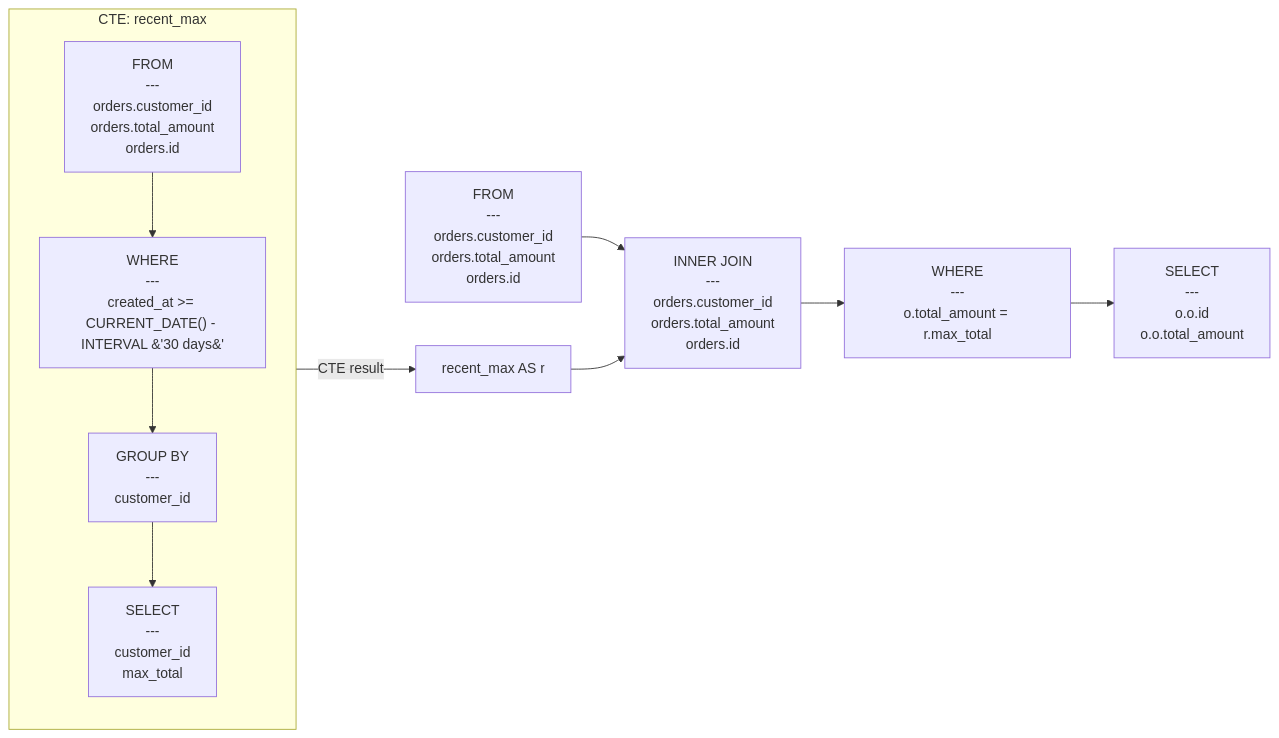
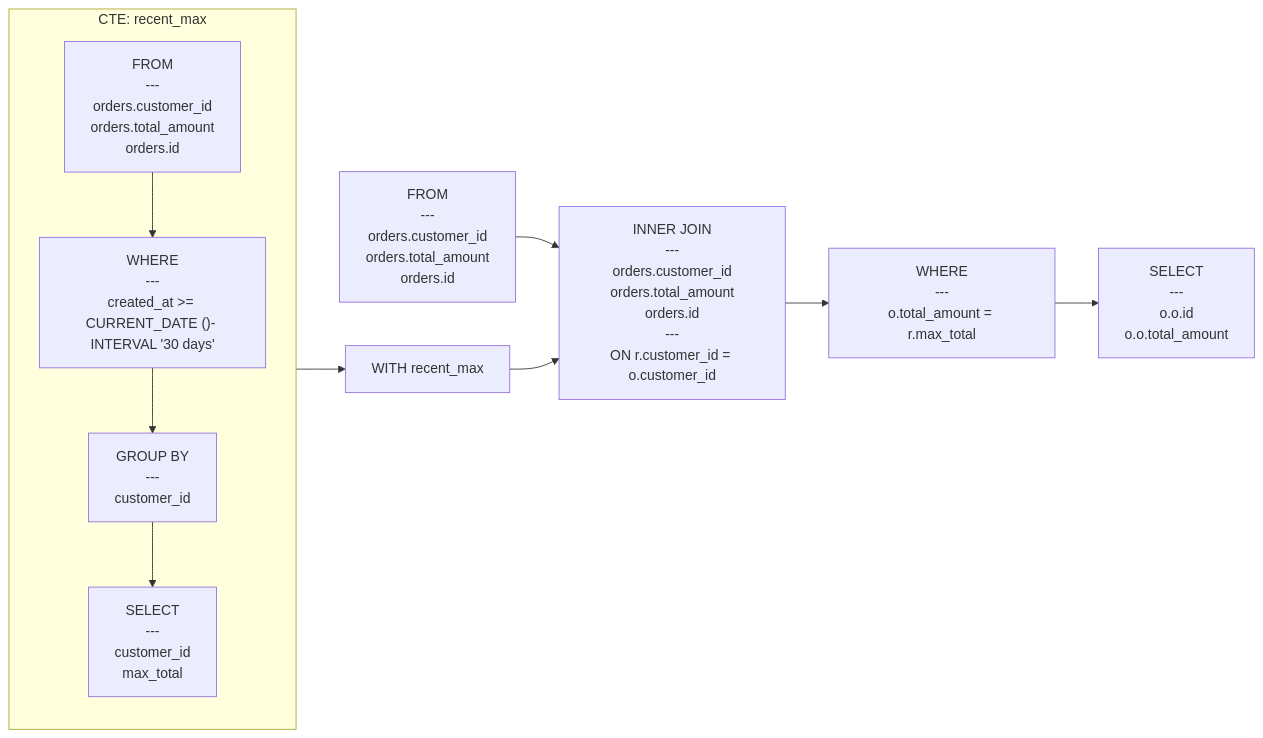
The diagram in examples/cte_with_join.mmd (rot1024/sqloflow), drawn with Mermaid before and after one commit. The commit also changed 76 other files, not shown here.

Commit message:
feat: improve expression format, join node, column names

```diff
--- a/examples/cte_with_join.mmd
+++ b/examples/cte_with_join.mmd
@@ -1,22 +1,22 @@
 flowchart LR
     subgraph cte_recent_max [CTE: recent_max]
         direction TB
         node_3["SELECT<br/>---<br/>customer_id<br/>max_total"]
         node_2["GROUP BY<br/>---<br/>customer_id"]
-        node_1["WHERE<br/>---<br/>created_at &gt;= CURRENT_DATE() - INTERVAL &#39;30 days&#39;"]
+        node_1["WHERE<br/>---<br/>created_at &gt;= CURRENT_DATE ()- INTERVAL '30 days'"]
         node_0["FROM<br/>---<br/>orders.customer_id<br/>orders.total_amount<br/>orders.id"]
         node_0 --> node_1
         node_1 --> node_2
         node_2 --> node_3
     end
 
     node_5["FROM<br/>---<br/>orders.customer_id<br/>orders.total_amount<br/>orders.id"]
-    node_6[recent_max AS r]
-    node_7["INNER JOIN<br/>---<br/>orders.customer_id<br/>orders.total_amount<br/>orders.id"]
+    node_6[WITH recent_max]
+    node_7["INNER JOIN<br/>---<br/>orders.customer_id<br/>orders.total_amount<br/>orders.id<br/>---<br/>ON r.customer_id = o.customer_id"]
     node_8["WHERE<br/>---<br/>o.total_amount = r.max_total"]
     node_9["SELECT<br/>---<br/>o.o.id<br/>o.o.total_amount"]
-    node_3 -->|CTE result| node_6
+    node_3 --> node_6
     node_5 --> node_7
     node_6 --> node_7
     node_7 --> node_8
     node_8 --> node_9
```
